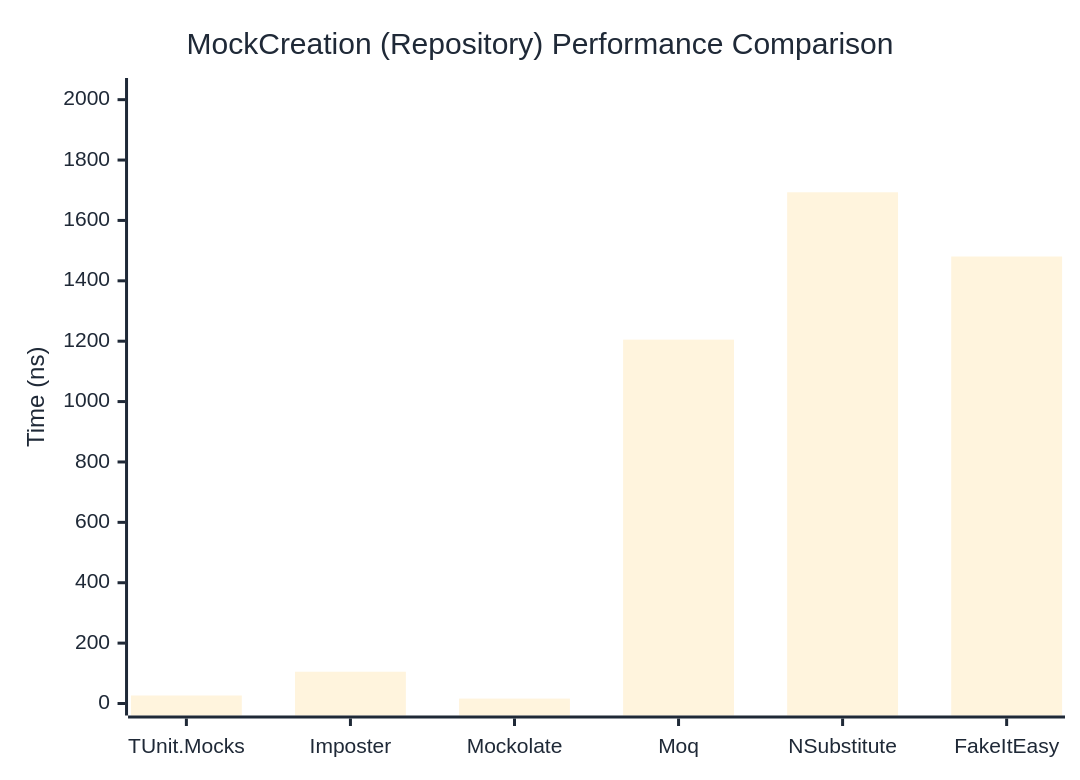
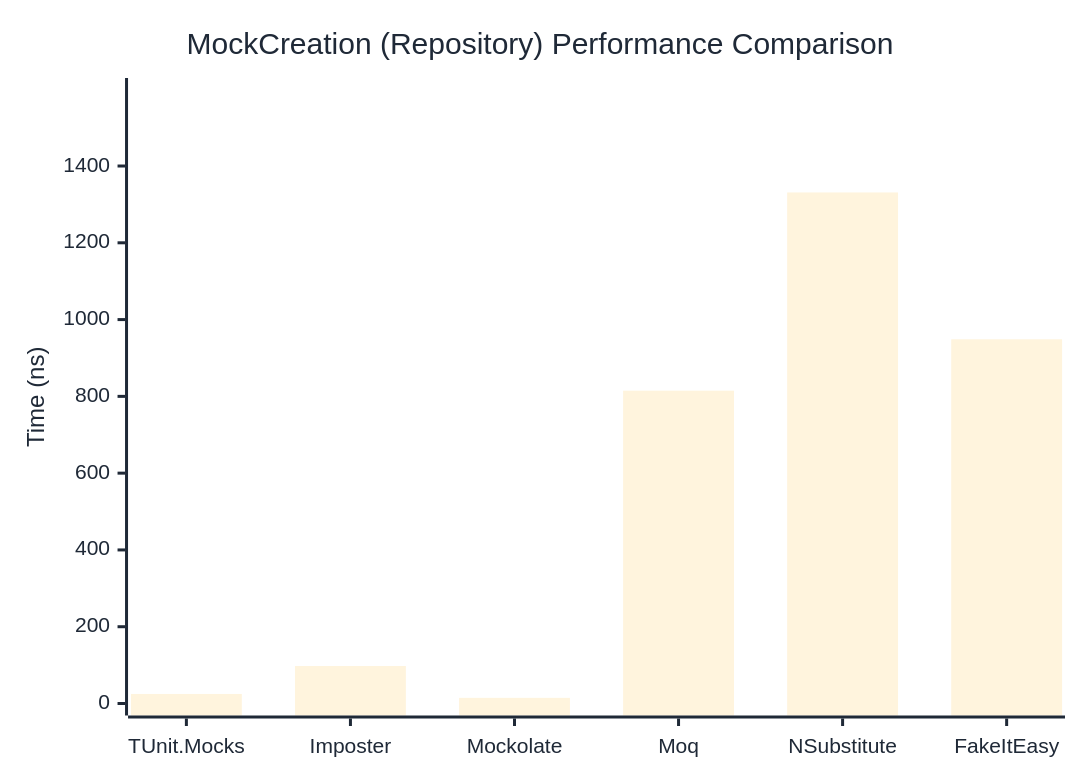
The second of 2 diagrams in docs/docs/benchmarks/mocks/MockCreation.md (thomhurst/TUnit), drawn with Mermaid before and after one commit. The commit also changed other lines of this file and 14 other files, not shown here.

````diff
--- a/docs/docs/benchmarks/mocks/MockCreation.md
+++ b/docs/docs/benchmarks/mocks/MockCreation.md
@@ -71,27 +71,27 @@
 ```mermaid
 %%{init: {
   'theme':'base',
   'themeVariables': {
     'primaryColor': '#2563eb',
     'primaryTextColor': '#1f2937',
     'primaryBorderColor': '#1e40af',
     'lineColor': '#6b7280',
     'secondaryColor': '#7c3aed',
     'tertiaryColor': '#dc2626',
     'background': '#ffffff',
     'pie1': '#2563eb',
     'pie2': '#7c3aed',
     'pie3': '#dc2626',
     'pie4': '#f59e0b',
     'pie5': '#10b981',
     'pie6': '#06b6d4',
     'pie7': '#ec4899',
     'pie8': '#6366f1'
   }
 }}%%
 xychart-beta
   title "MockCreation (Repository) Performance Comparison"
   x-axis ["TUnit.Mocks", "Imposter", "Mockolate", "Moq", "NSubstitute", "FakeItEasy"]
-  y-axis "Time (ns)" 0 --> 2032
-  bar [26.51, 105.22, 16.3, 1205.1, 1693.21, 1480.48]
+  y-axis "Time (ns)" 0 --> 1598
+  bar [24.87, 97.7, 14.69, 814.83, 1331.13, 948.71]
 ```
````
